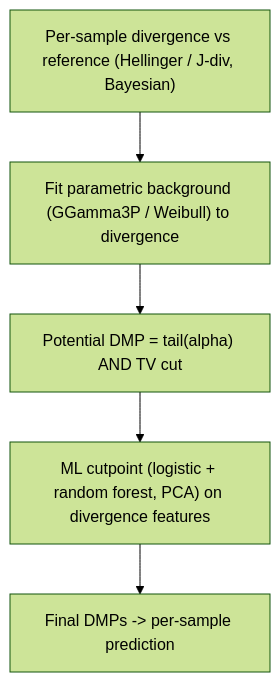
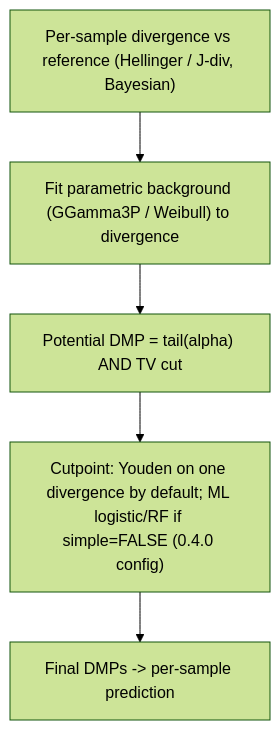
The second of 2 diagrams in docs/research/methylpipeline_vs_methylit_comparison.md (Goliath-Research/GoliathWorkflow), drawn with Mermaid (forest theme) before and after one commit. The commit also changed other lines of this file and 1 other file, not shown here.

````diff
--- a/docs/research/methylpipeline_vs_methylit_comparison.md
+++ b/docs/research/methylpipeline_vs_methylit_comparison.md
@@ -173,10 +193,10 @@
 ```mermaid
 flowchart TD
     MI1["Per-sample divergence vs reference (Hellinger / J-div, Bayesian)"]
     MI2["Fit parametric background (GGamma3P / Weibull) to divergence"]
     MI3["Potential DMP = tail(alpha) AND TV cut"]
-    MI4["ML cutpoint (logistic + random forest, PCA) on divergence features"]
+    MI4["Cutpoint: Youden on one divergence by default; ML logistic/RF if simple=FALSE (0.4.0 config)"]
     MI5["Final DMPs -> per-sample prediction"]
     
     MI1 --> MI2 --> MI3 --> MI4 --> MI5
 ```
````
